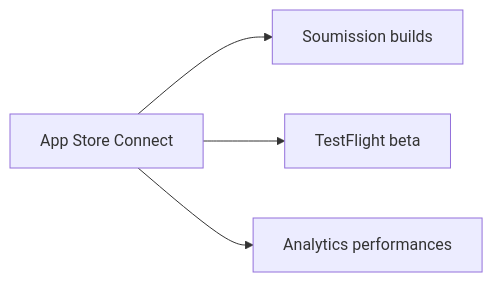
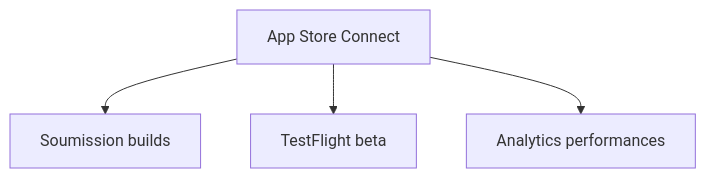
Before and after one commit to zyrass/omnydocs: the fourth of 45 diagrams in docs/glossaire/developpement-mobile.md, drawn with Mermaid. The commit also changed other lines of this file and 959 other files, not shown here.

````diff
--- a/docs/glossaire/developpement-mobile.md
+++ b/docs/glossaire/developpement-mobile.md
@@ -100,6 +110,6 @@
-    ```mermaid
-    graph LR
-        A[App Store Connect] --> B[Soumission builds]
-        A --> C[TestFlight beta]
-        A --> D[Analytics performances]
-    ```
+```mermaid
+flowchart TB
+    A["App Store Connect"] --> B["Soumission builds"]
+    A --> C["TestFlight beta"]
+    A --> D["Analytics performances"]
+```
````
